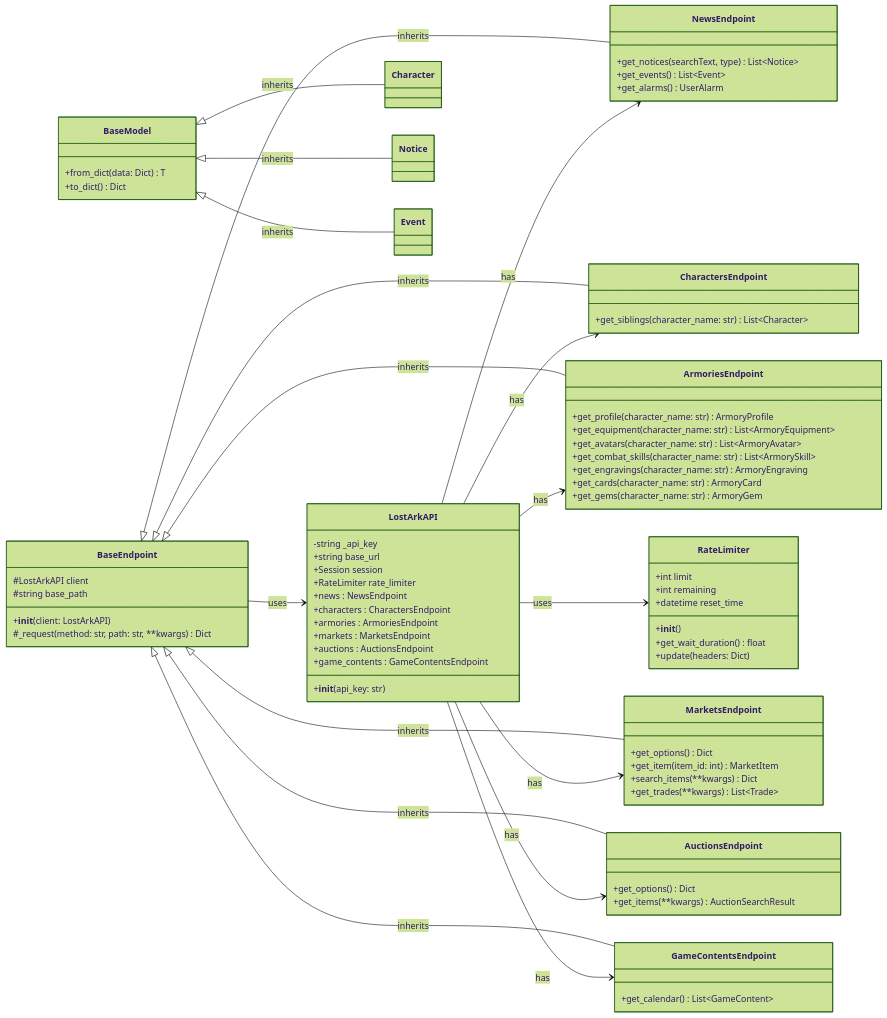
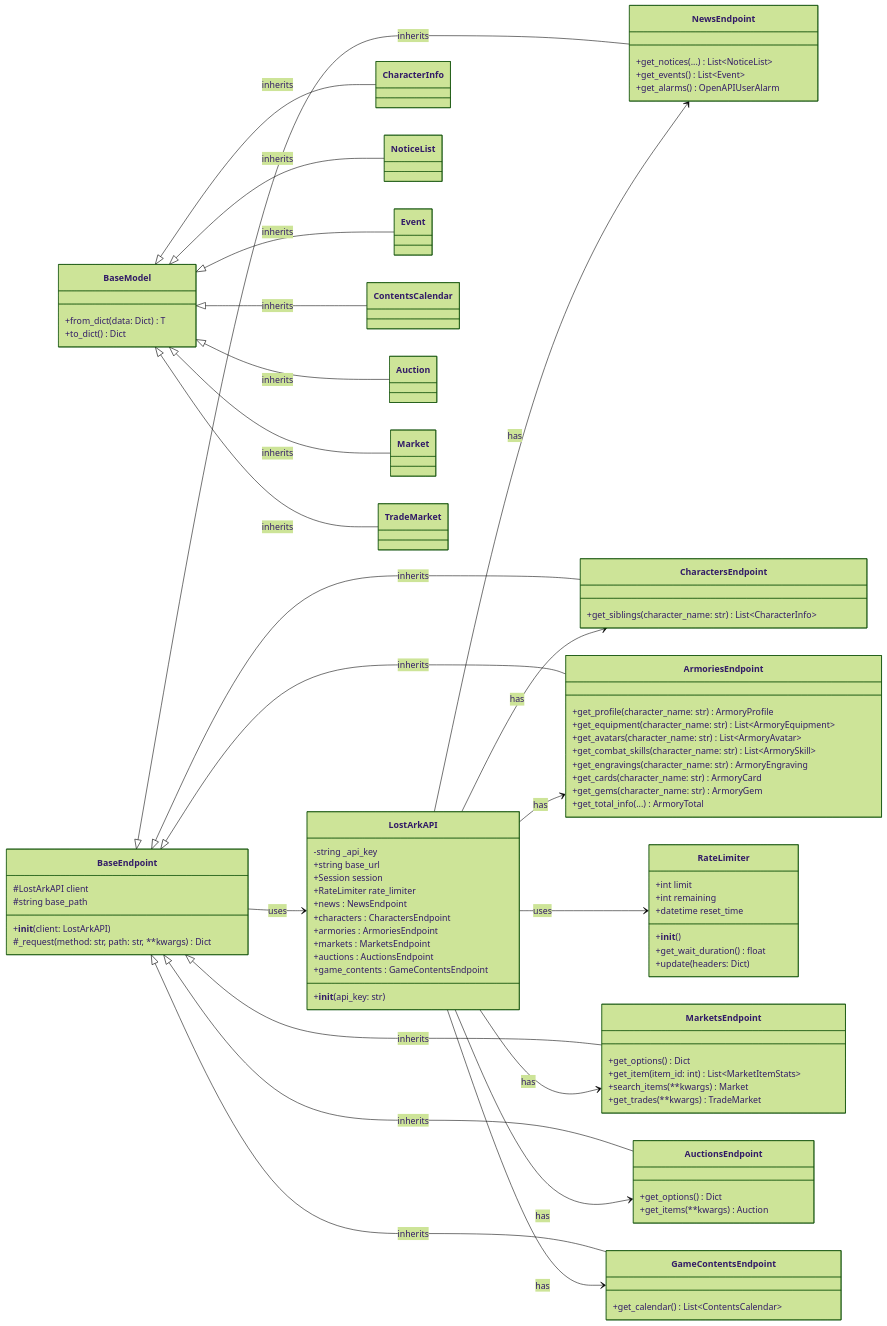
Before and after one commit to DAN-MU-ZI/pyLoa: the diagram in docs/architecture.mmd, drawn with Mermaid (forest theme). The commit also changed other lines of this file and 1 other file, not shown here.

Commit message:
docs: 아키텍처 다이어그램 및 README 최신화
테스트 커버리지 배지 및 최신 다이어그램 반영
- README.md: Statement Coverage(96%) 배지 및 테스트 가이드 섹션 추가
- docs/architecture.mmd: 최신 모델/엔드포인트 명세를 반영하여 클래스 다이어그램 업데이트

```diff
--- a/docs/architecture.mmd
+++ b/docs/architecture.mmd
@@ -1,93 +1,98 @@
 classDiagram
     direction LR
     class LostArkAPI {
         -string _api_key
         +string base_url
         +Session session
         +RateLimiter rate_limiter
         +__init__(api_key: str)
         +news : NewsEndpoint
         +characters : CharactersEndpoint
         +armories : ArmoriesEndpoint
         +markets : MarketsEndpoint
         +auctions : AuctionsEndpoint
         +game_contents : GameContentsEndpoint
     }
 
     class RateLimiter {
         +int limit
         +int remaining
         +datetime reset_time
         +__init__()
         +get_wait_duration() float
         +update(headers: Dict)
     }
 
     class BaseEndpoint {
         #LostArkAPI client
         #string base_path
         +__init__(client: LostArkAPI)
         #_request(method: str, path: str, **kwargs) Dict
     }
 
     class NewsEndpoint {
-        +get_notices(searchText, type) List~Notice~
+        +get_notices(...) List~NoticeList~
         +get_events() List~Event~
-        +get_alarms() UserAlarm
+        +get_alarms() OpenAPIUserAlarm
     }
 
     class CharactersEndpoint {
-        +get_siblings(character_name: str) List~Character~
+        +get_siblings(character_name: str) List~CharacterInfo~
     }
 
     class ArmoriesEndpoint {
         +get_profile(character_name: str) ArmoryProfile
         +get_equipment(character_name: str) List~ArmoryEquipment~
         +get_avatars(character_name: str) List~ArmoryAvatar~
         +get_combat_skills(character_name: str) List~ArmorySkill~
         +get_engravings(character_name: str) ArmoryEngraving
         +get_cards(character_name: str) ArmoryCard
         +get_gems(character_name: str) ArmoryGem
+        +get_total_info(...) ArmoryTotal
     }
 
     class MarketsEndpoint {
         +get_options() Dict
-        +get_item(item_id: int) MarketItem
-        +search_items(**kwargs) Dict
-        +get_trades(**kwargs) List~Trade~
+        +get_item(item_id: int) List~MarketItemStats~
+        +search_items(**kwargs) Market
+        +get_trades(**kwargs) TradeMarket
     }
 
     class AuctionsEndpoint {
         +get_options() Dict
-        +get_items(**kwargs) AuctionSearchResult
+        +get_items(**kwargs) Auction
     }
 
     class GameContentsEndpoint {
-        +get_calendar() List~GameContent~
+        +get_calendar() List~ContentsCalendar~
     }
 
     class BaseModel {
         +from_dict(data: Dict) T
         +to_dict() Dict
     }
 
     LostArkAPI --> RateLimiter : uses
     LostArkAPI --> NewsEndpoint : has
     LostArkAPI --> CharactersEndpoint : has
     LostArkAPI --> ArmoriesEndpoint : has
     LostArkAPI --> MarketsEndpoint : has
     LostArkAPI --> AuctionsEndpoint : has
     LostArkAPI --> GameContentsEndpoint : has
 
     BaseEndpoint <|-- NewsEndpoint : inherits
     BaseEndpoint <|-- CharactersEndpoint : inherits
     BaseEndpoint <|-- ArmoriesEndpoint : inherits
     BaseEndpoint <|-- MarketsEndpoint : inherits
     BaseEndpoint <|-- AuctionsEndpoint : inherits
     BaseEndpoint <|-- GameContentsEndpoint : inherits
     
     BaseEndpoint --> LostArkAPI : uses
 
-    BaseModel <|-- Character : inherits
-    BaseModel <|-- Notice : inherits
+    BaseModel <|-- CharacterInfo : inherits
+    BaseModel <|-- NoticeList : inherits
     BaseModel <|-- Event : inherits
+    BaseModel <|-- ContentsCalendar : inherits
+    BaseModel <|-- Auction : inherits
+    BaseModel <|-- Market : inherits
+    BaseModel <|-- TradeMarket : inherits
```
